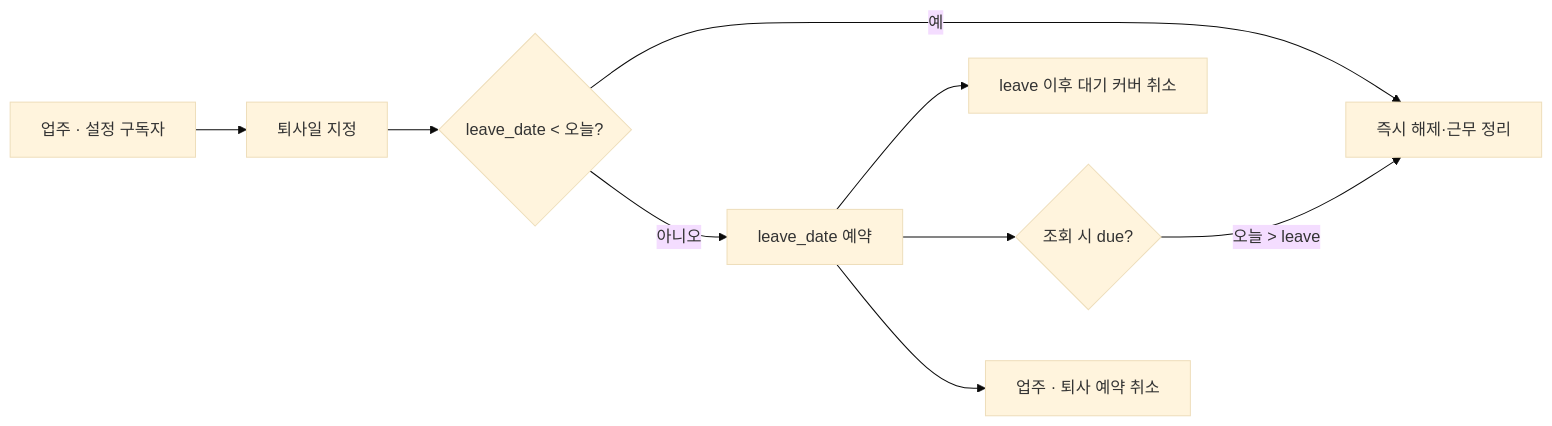
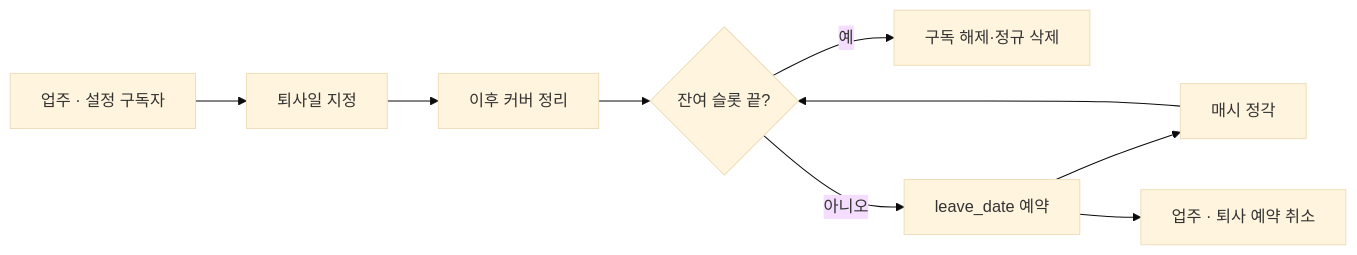
Diagram 14 of 28 in docs/PBB-유저-흐름도.md (ohdeg/PBB), drawn with Mermaid (base theme) before and after one commit. The commit also changed other lines of this file and 21 other files, not shown here.

````diff
--- a/docs/PBB-유저-흐름도.md
+++ b/docs/PBB-유저-흐름도.md
@@ -379,11 +379,11 @@
 ```mermaid
 flowchart LR
-    pick[퇴사일 지정] --> past{leave_date < 오늘?}
-    past -->|"예"| purge[즉시 해제·근무 정리]
-    past -->|"아니오"| schedule[leave_date 예약]
-    schedule --> cancelAfter[leave 이후 대기 커버 취소]
-    schedule --> due{조회 시 due?}
-    due -->|"오늘 > leave"| purge
+    pick[퇴사일 지정] --> adjust[이후 커버 정리]
+    adjust --> dueCheck{잔여 슬롯 끝?}
+    dueCheck -->|예| purge[구독 해제·정규 삭제]
+    dueCheck -->|아니오| schedule[leave_date 예약]
+    schedule --> hourly[매시 정각]
+    hourly --> dueCheck
     owner[업주 · 설정 구독자] --> pick
     schedule --> clear[업주 · 퇴사 예약 취소]
 ```
````
